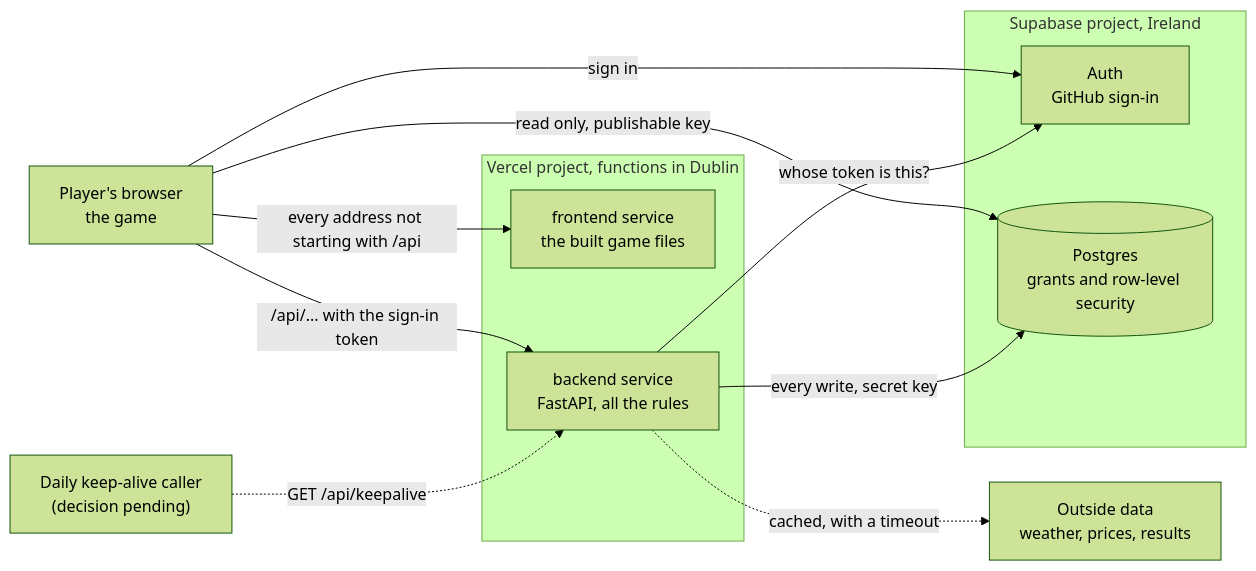
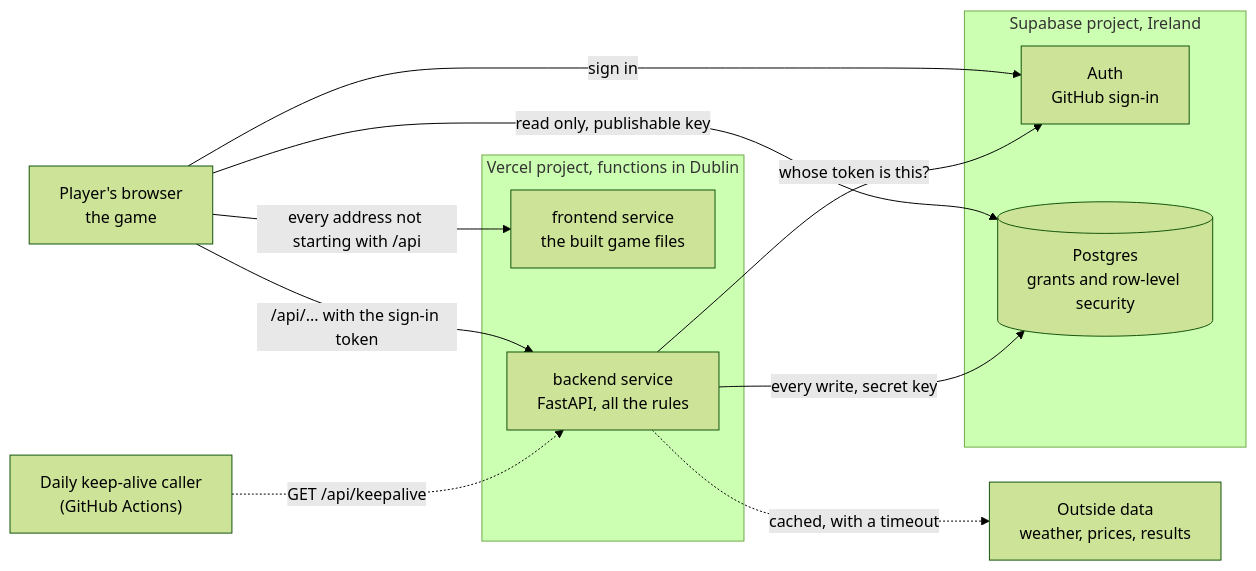
Before and after one commit to Nilsnova/The-Great-Plot-Twist: the diagram in docs/ARCHITECTURE.md, drawn with Mermaid (forest theme). The commit also changed other lines of this file and 9 other files, not shown here.

First line of the commit message:
chore: call the keep-alive route once a day from a GitHub Actions workflow

````diff
--- a/docs/ARCHITECTURE.md
+++ b/docs/ARCHITECTURE.md
@@ -21,26 +21,26 @@
 ```mermaid
 flowchart LR
   browser["Player's browser<br/>the game"]
 
   subgraph vercelProject["Vercel project, functions in Dublin"]
     frontendService["frontend service<br/>the built game files"]
     backendService["backend service<br/>FastAPI, all the rules"]
   end
 
   subgraph supabaseProject["Supabase project, Ireland"]
     authService["Auth<br/>GitHub sign-in"]
     database[("Postgres<br/>grants and row-level security")]
   end
 
   outside["Outside data<br/>weather, prices, results"]
-  keepAliveCaller["Daily keep-alive caller<br/>(decision pending)"]
+  keepAliveCaller["Daily keep-alive caller<br/>(GitHub Actions)"]
 
   browser -->|"every address not starting with /api"| frontendService
   browser -->|"/api/... with the sign-in token"| backendService
   browser -->|"sign in"| authService
   browser -->|"read only, publishable key"| database
   backendService -->|"whose token is this?"| authService
   backendService -->|"every write, secret key"| database
   backendService -.->|"cached, with a timeout"| outside
   keepAliveCaller -.->|"GET /api/keepalive"| backendService
 ```
````
